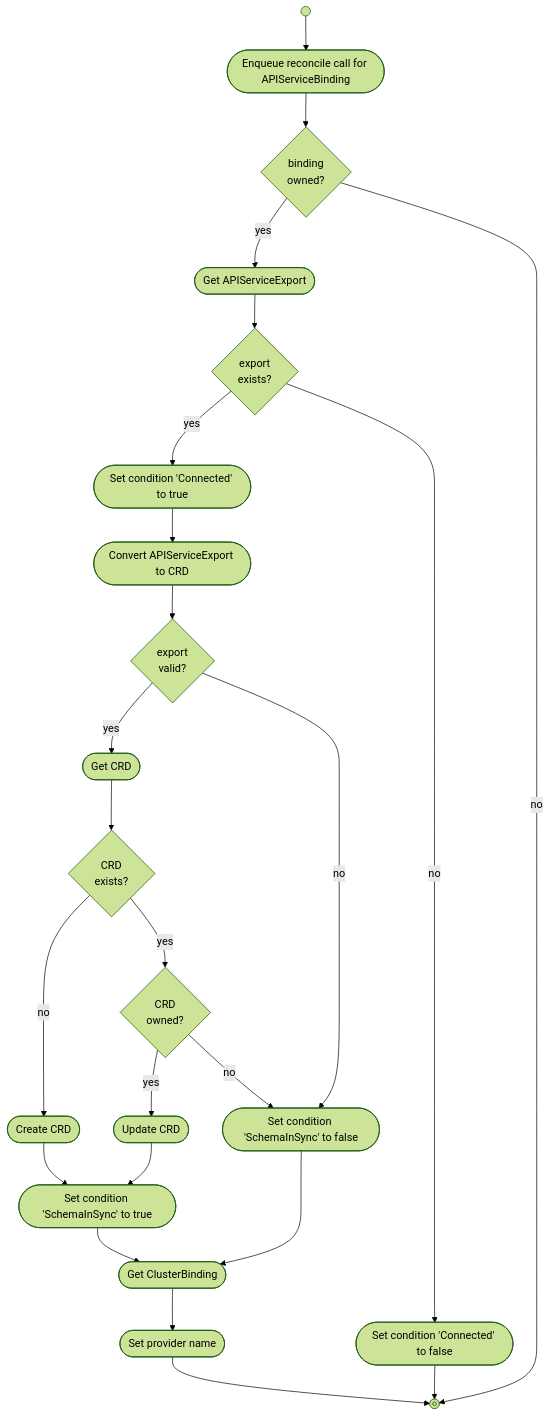
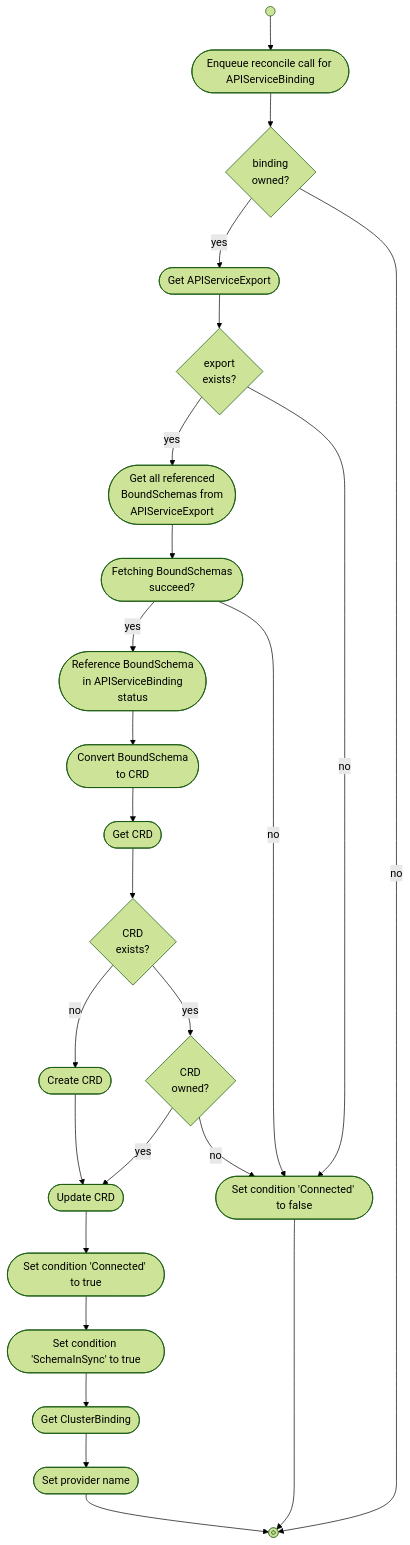
One commit to kube-bind/kube-bind changed the diagram in docs/content/developers/konnector/controllers/cluster/apiservicebinding.md. Above: the diagram before and after it, drawn with Mermaid (forest theme). The commit also changed 3 other files, not shown here.

````diff
--- a/docs/content/developers/konnector/controllers/cluster/apiservicebinding.md
+++ b/docs/content/developers/konnector/controllers/cluster/apiservicebinding.md
@@ -11,60 +11,69 @@
 ```mermaid
 flowchart TD
     %% Nodes
     start@{ shape: start }
     stop@{ shape: stop }
 
     enqueue_reconcile(["Enqueue reconcile call for APIServiceBinding"])
 
     is_apiservicebinding_owned{"binding<br>owned?"}
     set_apiservicebinding_condition_connected_to_true(["Set condition 'Connected' to true"])
     set_apiservicebinding_condition_connected_to_false(["Set condition 'Connected' to false"])
     set_apiservicebinding_condition_schemainsync_to_true(["Set condition 'SchemaInSync' to true"])
-    set_apiservicebinding_condition_schemainsync_to_false(["Set condition 'SchemaInSync' to false"])
 
     get_apiserviceexport(["Get APIServiceExport"])
-    convert_apiserviceexport_to_crd(["Convert APIServiceExport to CRD"])
     is_apiserviceexport_present{"export<br>exists?"}
-    is_apiserviceexport_valid{"export<br>valid?"}
+
+    get_bound_schemas(["Get all referenced
+    BoundSchemas from
+    APIServiceExport"])
+    bound_schema_fetch_successful(["Fetching BoundSchemas
+    succeed?"])
+    reference_bound_schema(["Reference BoundSchema
+    in APIServiceBinding
+    status"])
+    convert_boundschema_to_crd(["Convert BoundSchema
+    to CRD"])
+
 
     get_crd(["Get CRD"])
     create_crd(["Create CRD"])
     update_crd(["Update CRD"])
     is_crd_present{"CRD<br>exists?"}
     is_crd_owned{"CRD<br>owned?"}
 
     get_clusterbinding(["Get ClusterBinding"])
     set_apiservicebinding_provider_name(["Set provider name"])
 
     %% Transitions
     start --> enqueue_reconcile
     enqueue_reconcile --> is_apiservicebinding_owned
 
     is_apiservicebinding_owned --> |yes| get_apiserviceexport
     get_apiserviceexport --> is_apiserviceexport_present
-    is_apiserviceexport_present --> |yes| set_apiservicebinding_condition_connected_to_true
+    is_apiserviceexport_present --> |yes| get_bound_schemas
     is_apiserviceexport_present --> |no| set_apiservicebinding_condition_connected_to_false
-    set_apiservicebinding_condition_connected_to_true --> convert_apiserviceexport_to_crd
+    get_bound_schemas --> bound_schema_fetch_successful
+    bound_schema_fetch_successful --> |yes| reference_bound_schema
+    bound_schema_fetch_successful --> |no| set_apiservicebinding_condition_connected_to_false
+    reference_bound_schema --> convert_boundschema_to_crd
     set_apiservicebinding_condition_connected_to_false --> stop
 
-    convert_apiserviceexport_to_crd --> is_apiserviceexport_valid
-    is_apiserviceexport_valid --> |yes| get_crd
-    is_apiserviceexport_valid --> |no| set_apiservicebinding_condition_schemainsync_to_false
+    convert_boundschema_to_crd -->  get_crd
 
     get_crd --> is_crd_present
     is_crd_present --> |no| create_crd
     is_crd_present --> |yes| is_crd_owned
-    update_crd --> set_apiservicebinding_condition_schemainsync_to_true
-    create_crd --> set_apiservicebinding_condition_schemainsync_to_true
+    create_crd --> update_crd
+
+    update_crd --> set_apiservicebinding_condition_connected_to_true
+    set_apiservicebinding_condition_connected_to_true --> set_apiservicebinding_condition_schemainsync_to_true
 
     is_crd_owned --> |yes| update_crd
-    is_crd_owned --> |no| set_apiservicebinding_condition_schemainsync_to_false
+    is_crd_owned --> |no| set_apiservicebinding_condition_connected_to_false
 
     set_apiservicebinding_condition_schemainsync_to_true --> get_clusterbinding
-    set_apiservicebinding_condition_schemainsync_to_false --> get_clusterbinding
-
     get_clusterbinding --> set_apiservicebinding_provider_name
-
     is_apiservicebinding_owned --> |no| stop
     set_apiservicebinding_provider_name --> stop
 ```
````
